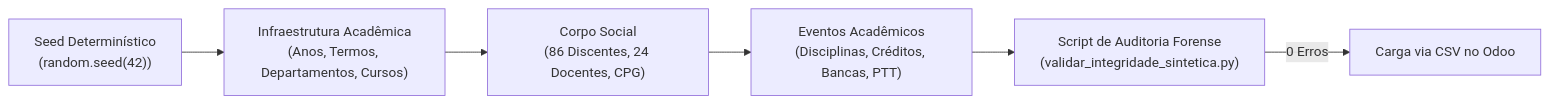
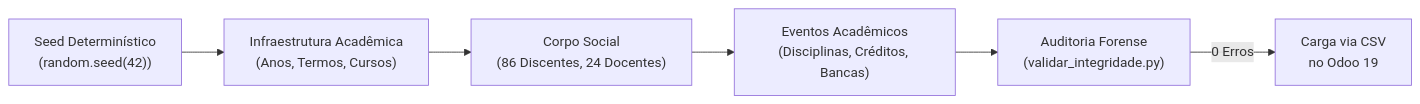
The diagram in 04-implementacao-e-contratos.qmd (momenezes/livroddd), drawn with Mermaid before and after one commit. The commit also changed 14 other files, not shown here.

Commit message:
fix: elimina truncamento e melhora contraste de textos nos diagramas mermaid

````diff
--- a/04-implementacao-e-contratos.qmd
+++ b/04-implementacao-e-contratos.qmd
@@ -188,8 +188,8 @@
 ```{mermaid}
 flowchart LR
-    Seed["Seed Determinístico<br/>(random.seed(42))"] --> Infra["Infraestrutura Acadêmica<br/>(Anos, Termos, Departamentos, Cursos)"]
-    Infra --> Pessoas["Corpo Social<br/>(86 Discentes, 24 Docentes, CPG)"]
-    Pessoas --> Eventos["Eventos Acadêmicos<br/>(Disciplinas, Créditos, Bancas, PTT)"]
-    Eventos --> Validador["Script de Auditoria Forense<br/>(validar_integridade_sintetica.py)"]
-    Validador -->|0 Erros| Carga["Carga via CSV no Odoo"]
+    Seed["Seed Determinístico<br/>(random.seed(42))"] --> Infra["Infraestrutura Acadêmica<br/>(Anos, Termos, Cursos)"]
+    Infra --> Pessoas["Corpo Social<br/>(86 Discentes, 24 Docentes)"]
+    Pessoas --> Eventos["Eventos Acadêmicos<br/>(Disciplinas, Créditos, Bancas)"]
+    Eventos --> Validador["Auditoria Forense<br/>(validar_integridade.py)"]
+    Validador -->|0 Erros| Carga["Carga via CSV<br/>no Odoo 19"]
 ```
````
